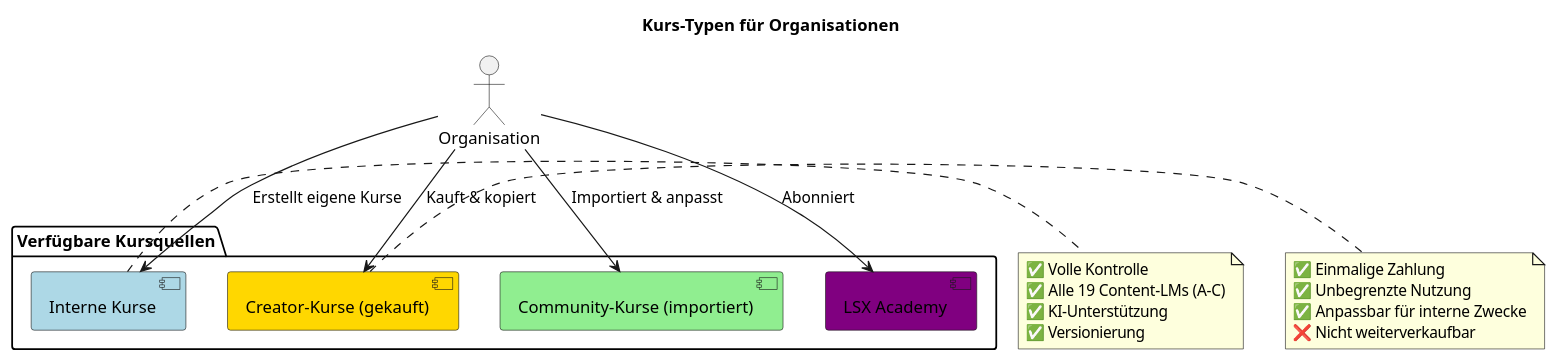
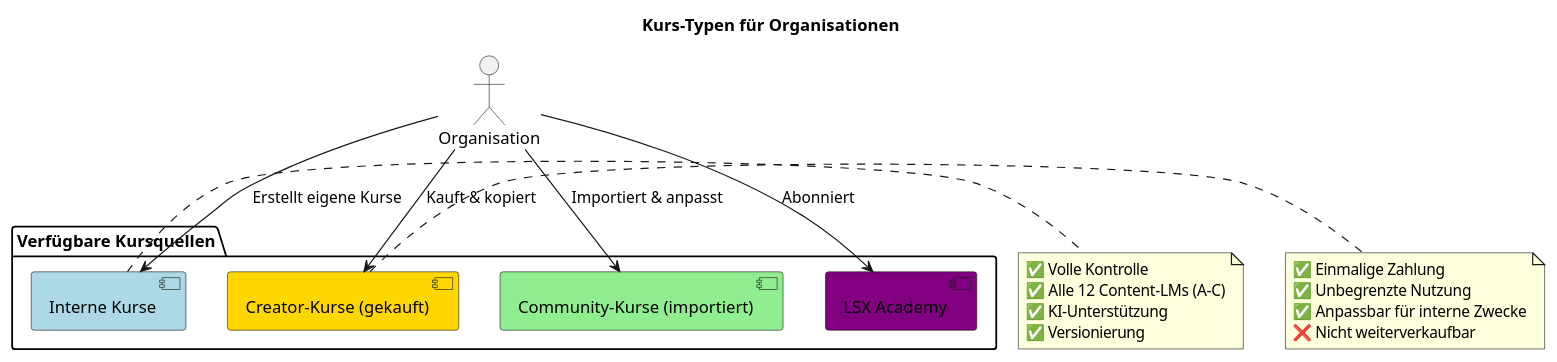
The ninth of 20 diagrams in LernsystemX-Doku/02_Business/04_Schulen-Unternehmen.md (flokflok1/lernseite), drawn with PlantUML before and after one commit. The commit also changed other lines of this file and 1490 other files, not shown here.

````diff
--- a/LernsystemX-Doku/02_Business/04_Schulen-Unternehmen.md
+++ b/LernsystemX-Doku/02_Business/04_Schulen-Unternehmen.md
@@ -546,34 +546,34 @@
 ```plantuml
 @startuml
 title Kurs-Typen für Organisationen
 
 package "Verfügbare Kursquellen" {
   [Interne Kurse] as internal #LightBlue
   [Creator-Kurse (gekauft)] as creator #Gold
   [Community-Kurse (importiert)] as community #LightGreen
   [LSX Academy] as academy #Purple
 }
 
 actor "Organisation" as org
 
 org --> internal : Erstellt eigene Kurse
 org --> creator : Kauft & kopiert
 org --> community : Importiert & anpasst
 org --> academy : Abonniert
 
 note right of internal
   ✅ Volle Kontrolle
-  ✅ Alle 19 Content-LMs (A-C)
+  ✅ Alle 12 Content-LMs (A-C)
   ✅ KI-Unterstützung
   ✅ Versionierung
 end note
 
 note right of creator
   ✅ Einmalige Zahlung
   ✅ Unbegrenzte Nutzung
   ✅ Anpassbar für interne Zwecke
   ❌ Nicht weiterverkaufbar
 end note
 
 @enduml
 ```
````
